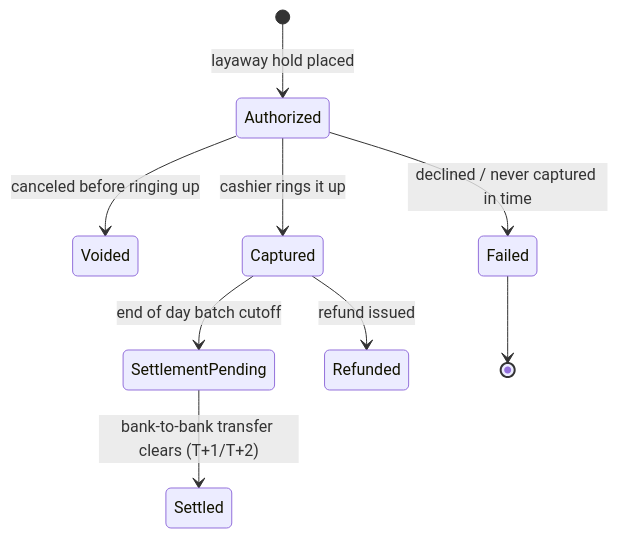
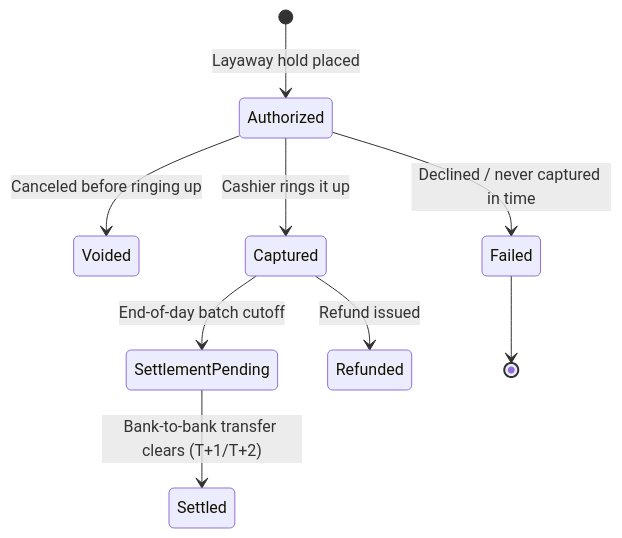
Before and after one commit to riyaz-pasha/Learnings: the eighth of 13 diagrams in system-design/HLD/0-course/41-Design-a-Payment-System-FAANG-Guide-story.md, drawn with Mermaid. The commit also changed other lines of this file and 1 other file, not shown here.

Commit message:
[REWRITE] Payment System story guide: simplify prose, add structure, fix diagrams

````diff
--- a/system-design/HLD/0-course/41-Design-a-Payment-System-FAANG-Guide-story.md
+++ b/system-design/HLD/0-course/41-Design-a-Payment-System-FAANG-Guide-story.md
@@ -207,11 +497,11 @@
 ```mermaid
 stateDiagram-v2
-    [*] --> Authorized: layaway hold placed
-    Authorized --> Voided: canceled before ringing up
-    Authorized --> Captured: cashier rings it up
-    Captured --> SettlementPending: end of day batch cutoff
-    SettlementPending --> Settled: bank-to-bank transfer clears (T+1/T+2)
-    Captured --> Refunded: refund issued
-    Authorized --> Failed: declined / never captured in time
+    [*] --> Authorized: Layaway hold placed
+    Authorized --> Voided: Canceled before ringing up
+    Authorized --> Captured: Cashier rings it up
+    Captured --> SettlementPending: End-of-day batch cutoff
+    SettlementPending --> Settled: Bank-to-bank transfer clears (T+1/T+2)
+    Captured --> Refunded: Refund issued
+    Authorized --> Failed: Declined / never captured in time
     Failed --> [*]
 ```
````
